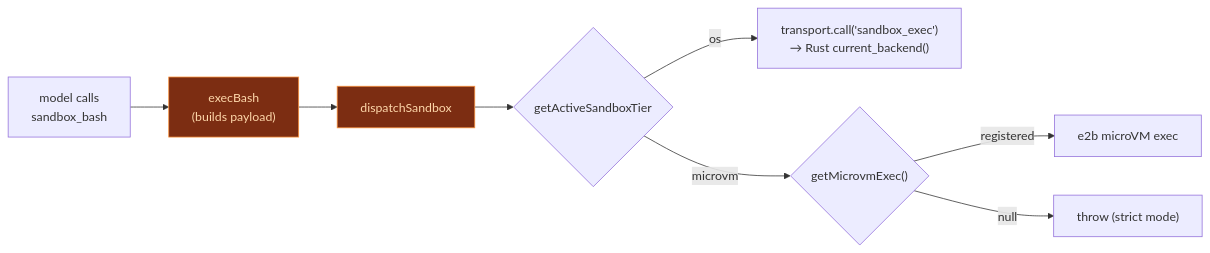
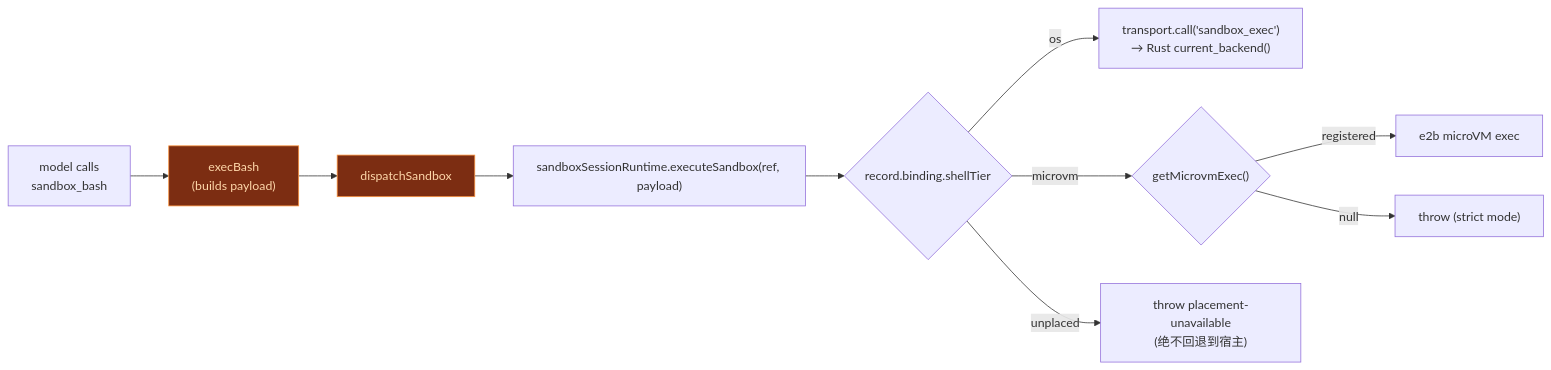
Before and after one commit to MaxQian888/cognia-next: the diagram in docs/content/docs/zh/subsystems/sandbox/sandboxed-tools.mdx, drawn with Mermaid. The commit also changed other lines of this file and 14 other files, not shown here.

First line of the commit message:
docs(platform): document runtime refs, workspace bundles and placement

````diff
--- a/docs/content/docs/zh/subsystems/sandbox/sandboxed-tools.mdx
+++ b/docs/content/docs/zh/subsystems/sandbox/sandboxed-tools.mdx
@@ -115,13 +116,15 @@
 ```mermaid
 flowchart LR
   M["model calls<br/>sandbox_bash"] --> E["execBash<br/>(builds payload)"]
   E --> D["dispatchSandbox"]
-  D --> T{"getActiveSandboxTier"}
+  D --> R["sandboxSessionRuntime.executeSandbox(ref, payload)"]
+  R --> T{"record.binding.shellTier"}
   T -->|os| OS["transport.call('sandbox_exec')<br/>→ Rust current_backend()"]
   T -->|microvm| MV{"getMicrovmExec()"}
+  T -->|unplaced| REFUSE["throw placement-unavailable<br/>(绝不回退到宿主)"]
   MV -->|registered| E2B["e2b microVM exec"]
   MV -->|null| THROW["throw (strict mode)"]
 
   classDef on fill:#7c2d12,stroke:#fb923c,color:#fed7aa
   class E,D on
 ```
````
